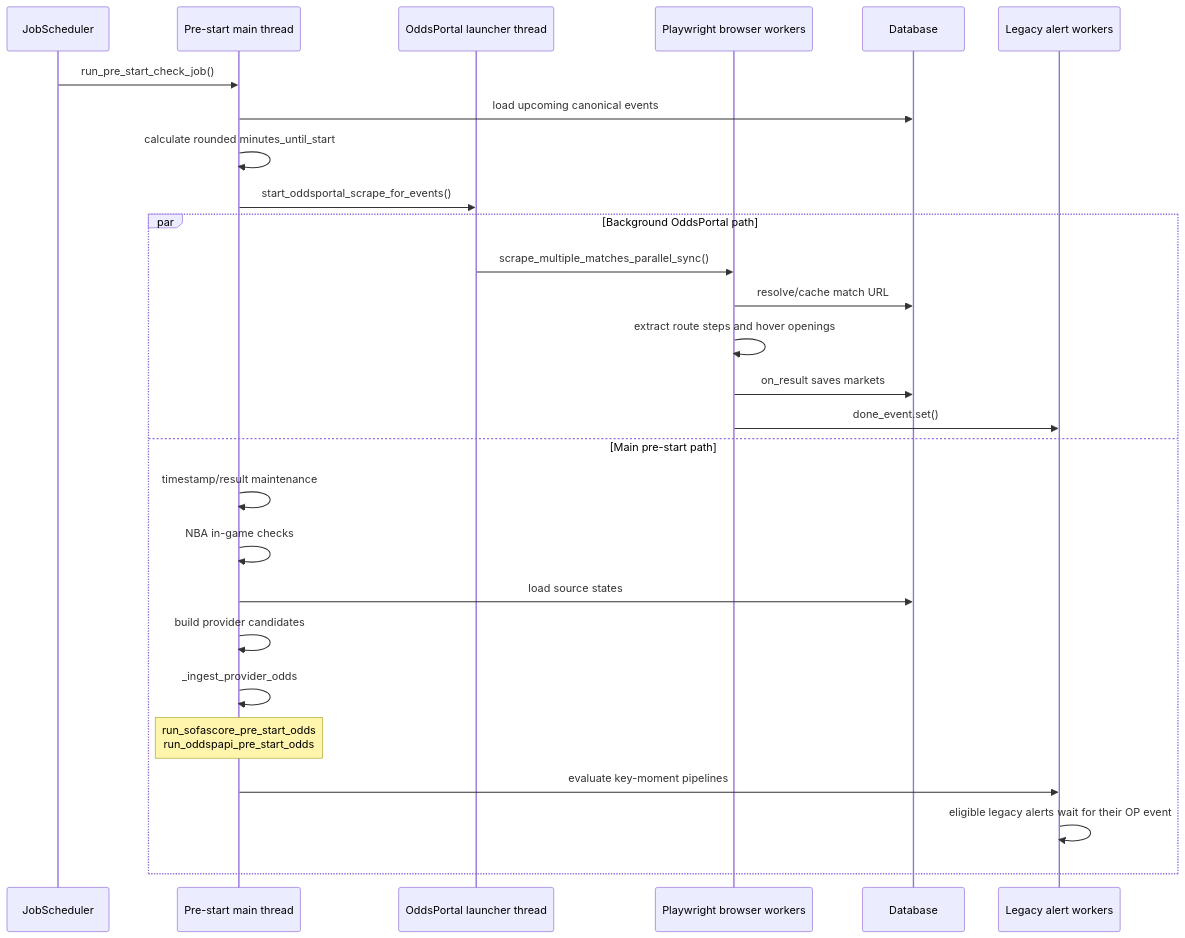
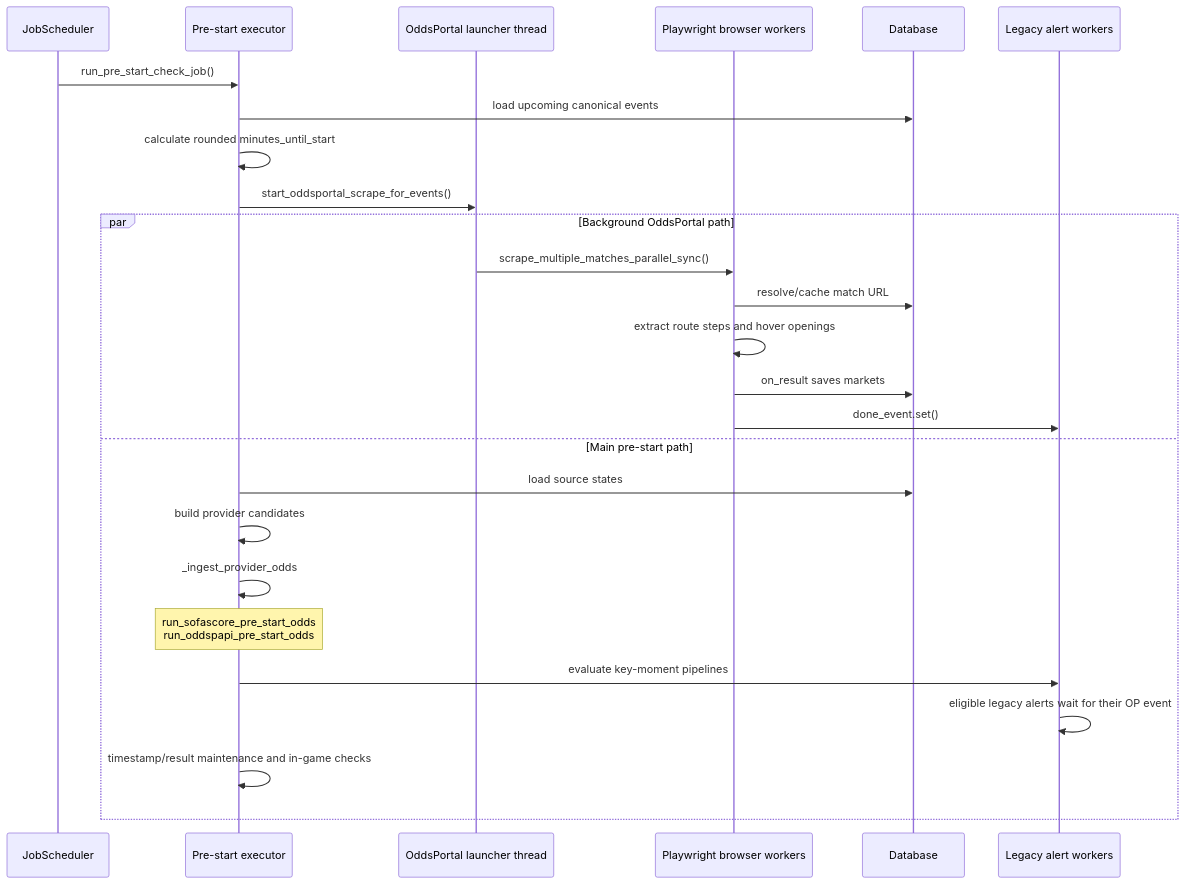
One commit to GadielRP/scraping_with_api changed the diagram in docs/providers/oddsportal_scraping.md. Above: the diagram before and after it, drawn with Mermaid. The commit also changed other lines of this file and 7 other files, not shown here.

````diff
--- a/docs/providers/oddsportal_scraping.md
+++ b/docs/providers/oddsportal_scraping.md
@@ -112,30 +108,29 @@
 ```mermaid
 sequenceDiagram
     participant JS as JobScheduler
-    participant PS as Pre-start main thread
+    participant PS as Pre-start executor
     participant OP as OddsPortal launcher thread
     participant BR as Playwright browser workers
     participant DB as Database
     participant AL as Legacy alert workers
 
     JS->>PS: run_pre_start_check_job()
     PS->>DB: load upcoming canonical events
     PS->>PS: calculate rounded minutes_until_start
     PS->>OP: start_oddsportal_scrape_for_events()
     par Background OddsPortal path
         OP->>BR: scrape_multiple_matches_parallel_sync()
         BR->>DB: resolve/cache match URL
         BR->>BR: extract route steps and hover openings
         BR->>DB: on_result saves markets
         BR->>AL: done_event.set()
     and Main pre-start path
-        PS->>PS: timestamp/result maintenance
-        PS->>PS: NBA in-game checks
         PS->>DB: load source states
         PS->>PS: build provider candidates
         PS->>PS: _ingest_provider_odds
         Note over PS: run_sofascore_pre_start_odds<br/>run_oddspapi_pre_start_odds
         PS->>AL: evaluate key-moment pipelines
         AL->>AL: eligible legacy alerts wait for their OP event
+        PS->>PS: timestamp/result maintenance and in-game checks
     end
 ```
````
